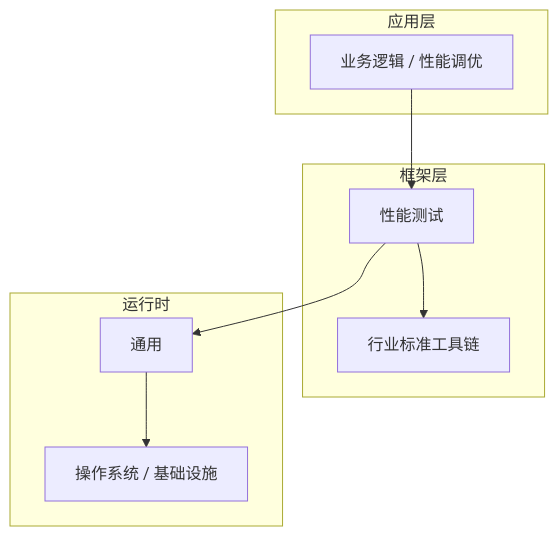
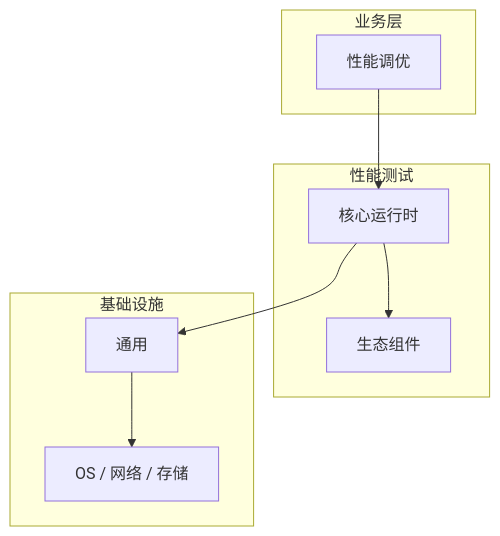
The diagram in articles/性能测试/chapters/063-性能调优核心概念与原理.md (yanggan2015/knowledge-json-v2), drawn with Mermaid before and after one commit. The commit also changed other lines of this file and 10127 other files, not shown here.

````diff
--- a/articles/性能测试/chapters/063-性能调优核心概念与原理.md
+++ b/articles/性能测试/chapters/063-性能调优核心概念与原理.md
@@ -45,18 +34,18 @@
 ```mermaid
 graph TB
-    subgraph 应用层
-        A[业务逻辑 / 性能调优]
+    subgraph 业务层
+        A[性能调优]
     end
-    subgraph 框架层
-        B[性能测试]
-        C[行业标准工具链]
+    subgraph 性能测试
+        B[核心运行时]
+        C[生态组件]
     end
-    subgraph 运行时
+    subgraph 基础设施
         D[通用]
-        E[操作系统 / 基础设施]
+        E[OS / 网络 / 存储]
     end
     A --> B
     B --> C
     B --> D
     D --> E
 ```
````
